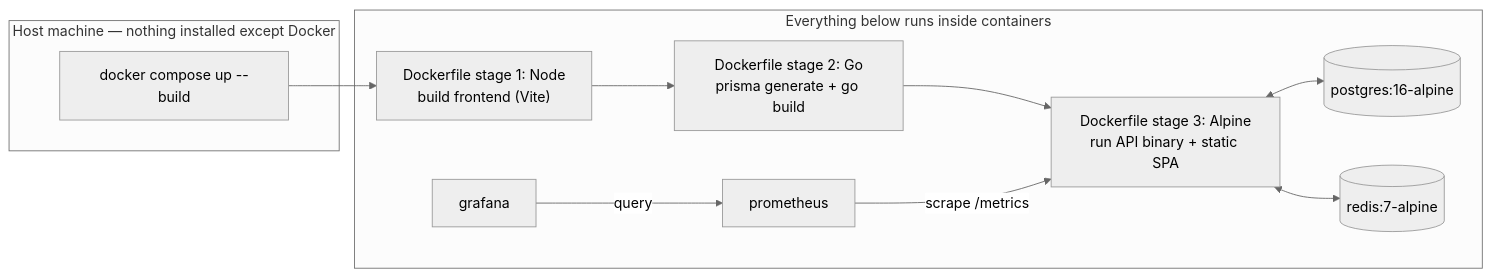
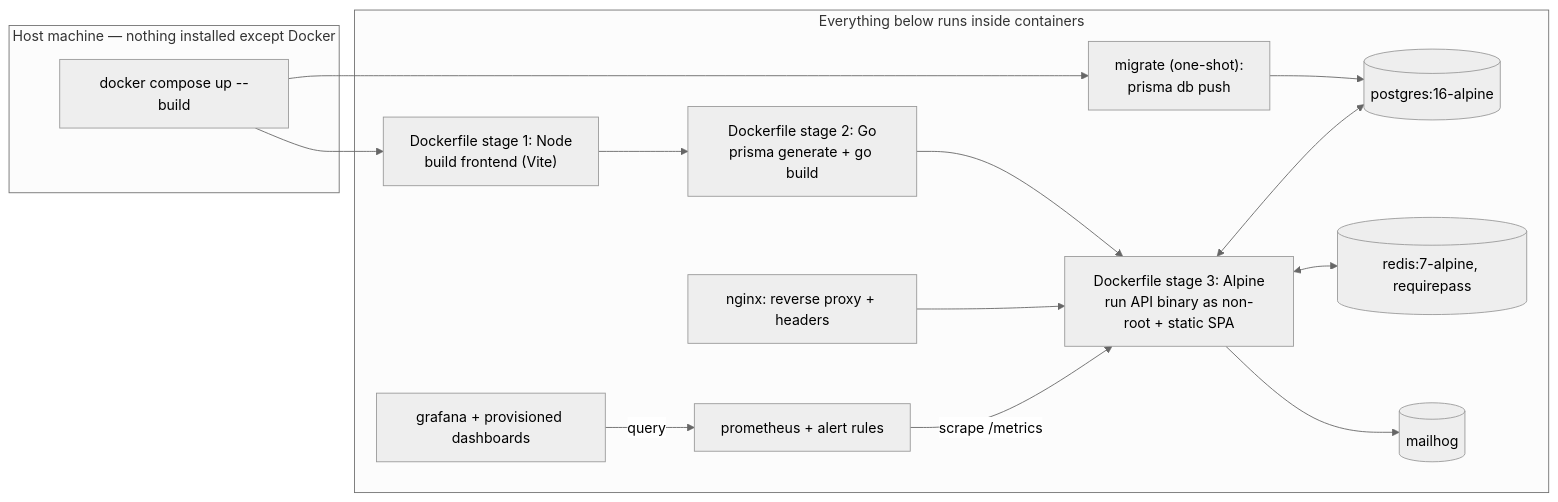
Before and after one commit to secretJod/Url-Shortner: the diagram in docs/system-design/06-deployment.md, drawn with Mermaid (neutral theme). The commit also changed other lines of this file and 17 other files, not shown here.

````diff
--- a/docs/system-design/06-deployment.md
+++ b/docs/system-design/06-deployment.md
@@ -63,21 +54,28 @@
 ```mermaid
 flowchart LR
     subgraph Host["Host machine — nothing installed except Docker"]
         Dev["docker compose up --build"]
     end
     subgraph Containers["Everything below runs inside containers"]
         Build["Dockerfile stage 1: Node\nbuild frontend (Vite)"]
         Build2["Dockerfile stage 2: Go\nprisma generate + go build"]
-        Runtime["Dockerfile stage 3: Alpine\nrun API binary + static SPA"]
+        Runtime["Dockerfile stage 3: Alpine\nrun API binary as non-root + static SPA"]
+        Migrate["migrate (one-shot):\nprisma db push"]
         PG[("postgres:16-alpine")]
-        R[("redis:7-alpine")]
-        Prom["prometheus"]
-        Graf["grafana"]
+        R[("redis:7-alpine, requirepass")]
+        Mail[("mailhog")]
+        Nginx["nginx: reverse proxy + headers"]
+        Prom["prometheus + alert rules"]
+        Graf["grafana + provisioned dashboards"]
         Build --> Build2 --> Runtime
+        Migrate --> PG
         Runtime <--> PG
         Runtime <--> R
+        Runtime --> Mail
+        Nginx --> Runtime
         Prom -->|scrape /metrics| Runtime
         Graf -->|query| Prom
     end
     Dev --> Build
+    Dev --> Migrate
 ```
````
